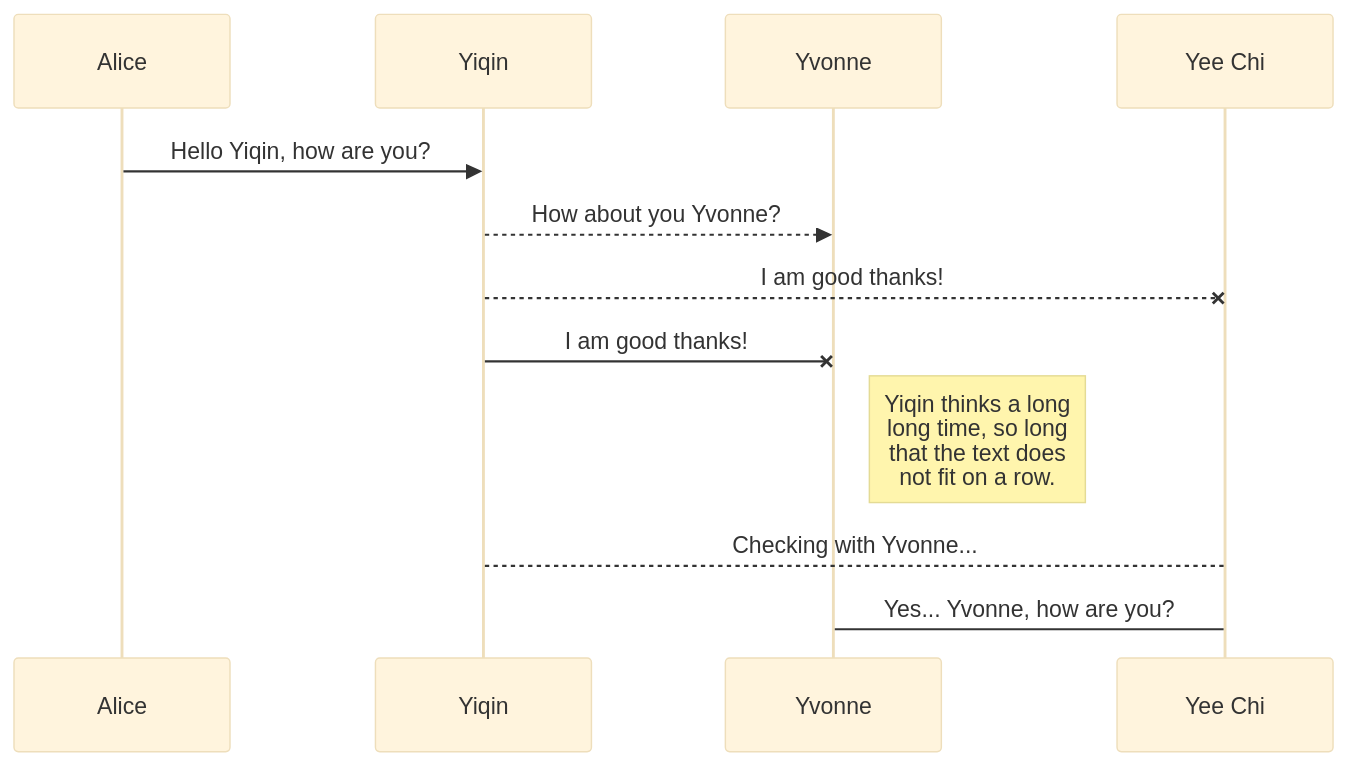
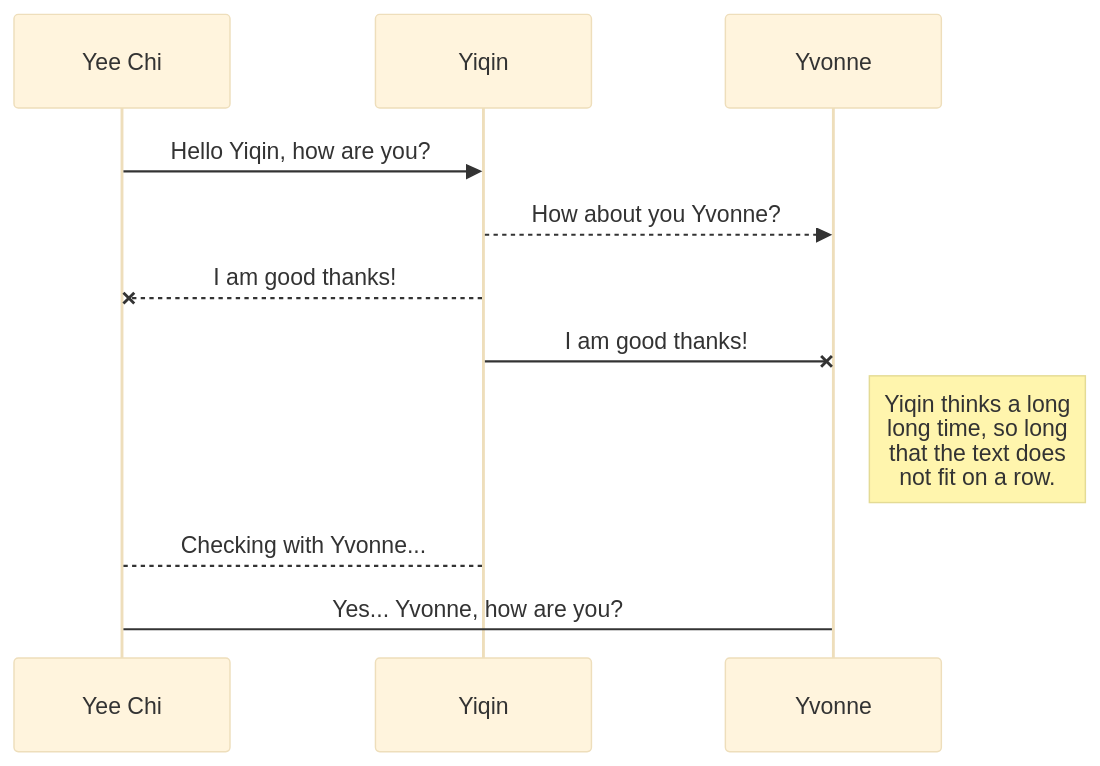
The first of 2 diagrams in exercise/HPDP/soowanying/readme.md (drshahizan/learn-github), drawn with Mermaid (base theme) before and after one commit.

````diff
--- a/exercise/HPDP/soowanying/readme.md
+++ b/exercise/HPDP/soowanying/readme.md
@@ -41,11 +41,11 @@
 ```mermaid
 sequenceDiagram
-Alice ->> Yiqin: Hello Yiqin, how are you?
+Yee Chi ->> Yiqin: Hello Yiqin, how are you?
 Yiqin-->>Yvonne: How about you Yvonne?
 Yiqin--x Yee Chi: I am good thanks!
 Yiqin-x Yvonne: I am good thanks!
 Note right of Yvonne: Yiqin thinks a long<br/>long time, so long<br/>that the text does<br/>not fit on a row.
 
 Yiqin-->Yee Chi: Checking with Yvonne...
 Yee Chi->Yvonne: Yes... Yvonne, how are you?
 ```
````
